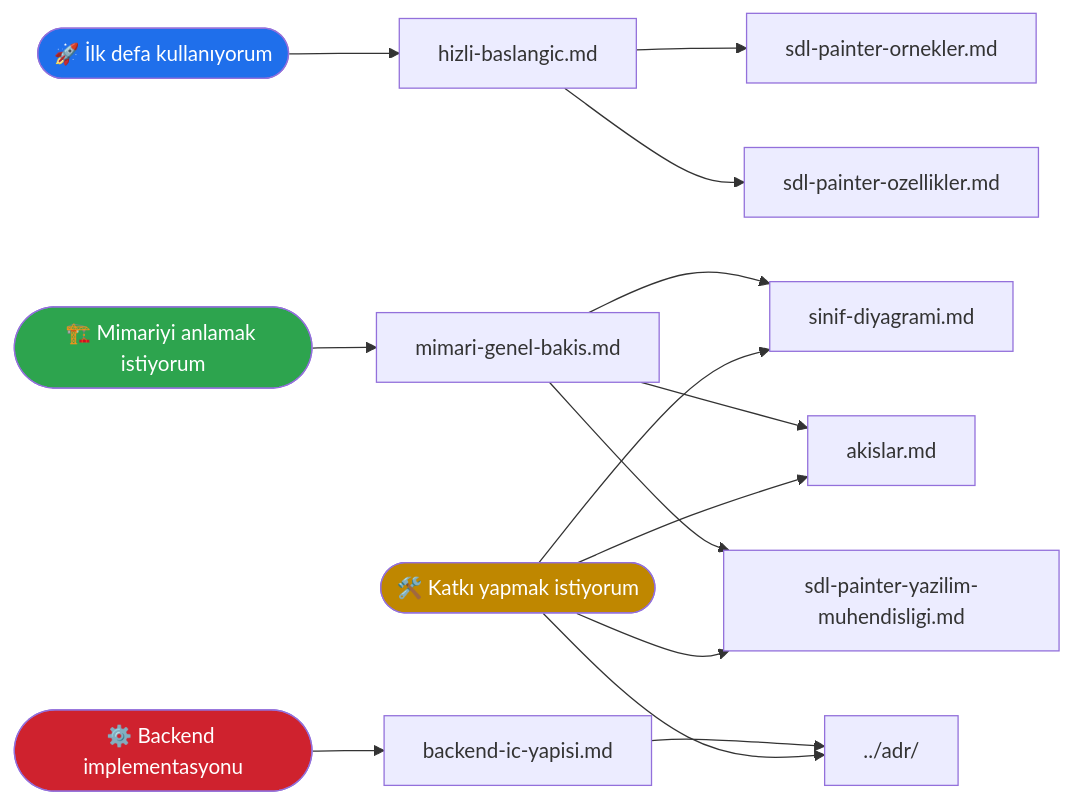
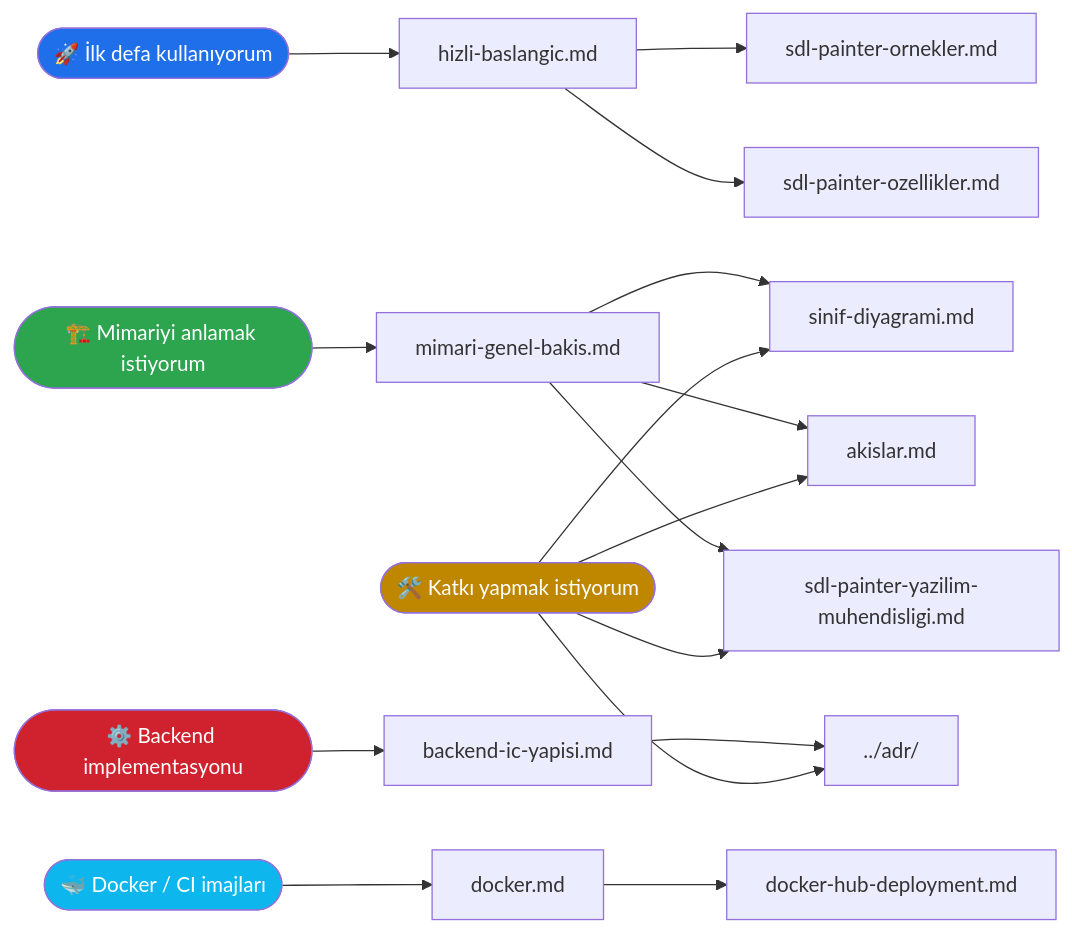
Before and after one commit to yazilimperver/sdl-painter: the diagram in doc/README.md, drawn with Mermaid. The commit also changed other lines of this file and 23 other files, not shown here.

````diff
--- a/doc/README.md
+++ b/doc/README.md
@@ -10,24 +10,28 @@
 ```mermaid
 flowchart LR
     Start(["🚀 İlk defa kullanıyorum"]) --> Quick["hizli-baslangic.md"]
     Quick --> Examples["sdl-painter-ornekler.md"]
     Quick --> Features["sdl-painter-ozellikler.md"]
 
     Arch(["🏗️ Mimariyi anlamak istiyorum"]) --> Overview["mimari-genel-bakis.md"]
     Overview --> Class["sinif-diyagrami.md"]
     Overview --> Flow["akislar.md"]
     Overview --> SE["sdl-painter-yazilim-muhendisligi.md"]
 
     Backend(["⚙️ Backend implementasyonu"]) --> BImpl["backend-ic-yapisi.md"]
     BImpl --> ADR["../adr/"]
 
+    Docker(["🐳 Docker / CI imajları"]) --> Doc["docker.md"]
+    Doc --> Dep["docker-hub-deployment.md"]
+
     Contrib(["🛠️ Katkı yapmak istiyorum"]) --> Class
     Contrib --> Flow
     Contrib --> SE
     Contrib --> ADR
 
     style Start fill:#1f6feb,color:#fff
     style Arch fill:#2da44e,color:#fff
     style Backend fill:#cf222e,color:#fff
+    style Docker fill:#0db7ed,color:#fff
     style Contrib fill:#bf8700,color:#fff
 ```
````
